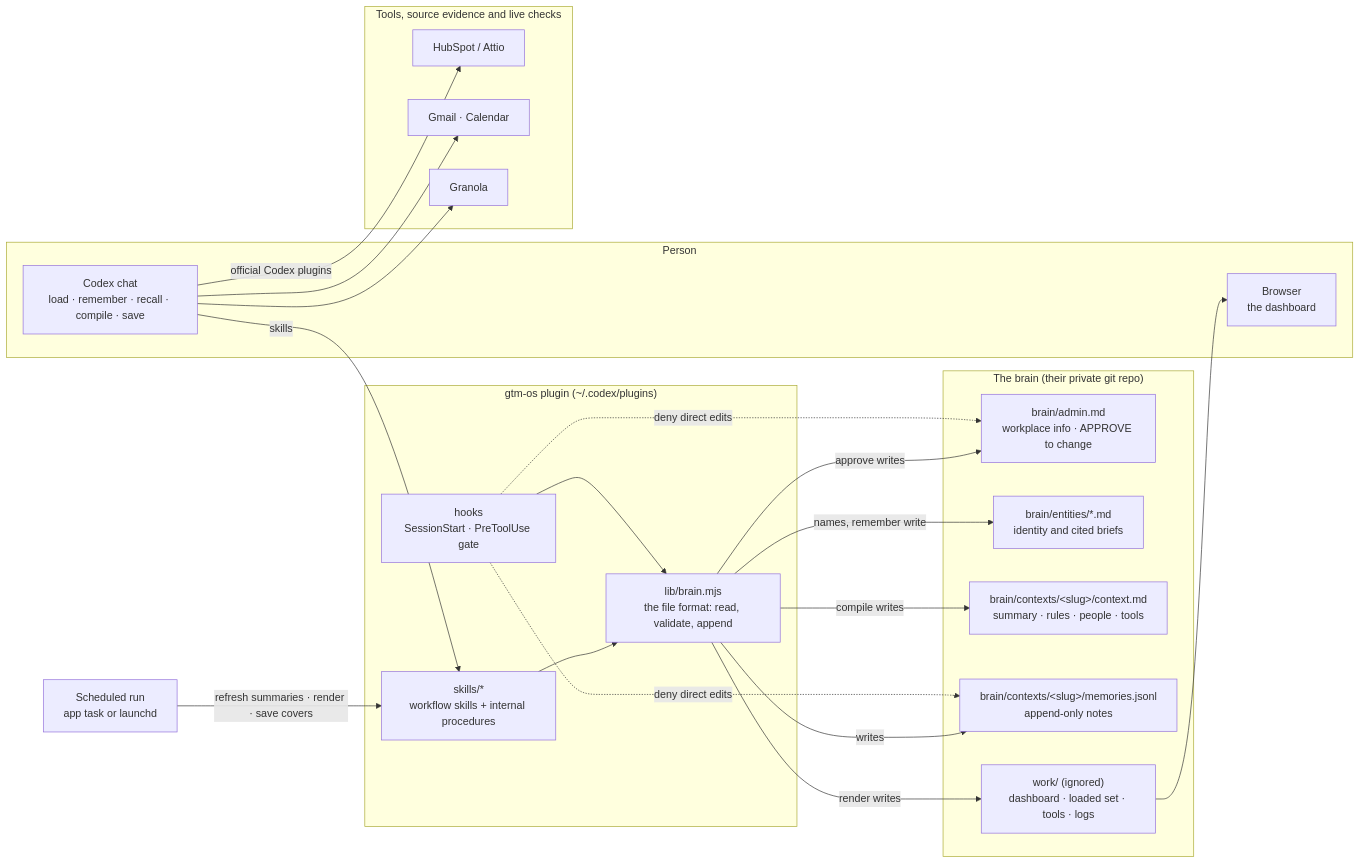
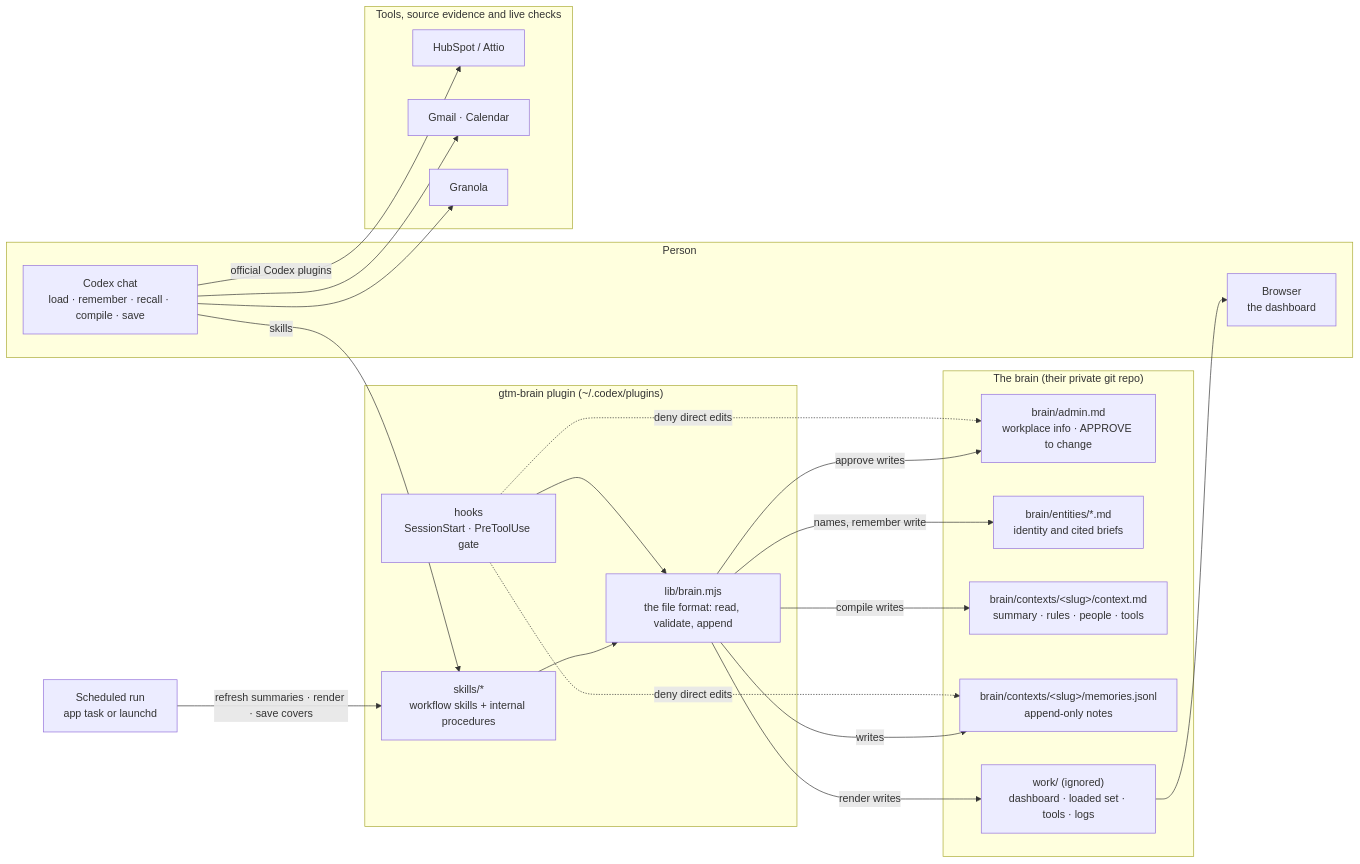
One commit to gtm-week/gtm-brain changed the first of 2 diagrams in CONTRIBUTING.md. Above: the diagram before and after it, drawn with Mermaid. The commit also changed other lines of this file and 594 other files, not shown here.

First line of the commit message:
Rename GTM OS to GTM Brain

````diff
--- a/CONTRIBUTING.md
+++ b/CONTRIBUTING.md
@@ -9,43 +9,43 @@
 ```mermaid
 flowchart LR
   subgraph person["Person"]
     chat["Codex chat<br/>load · remember · recall · compile · save"]
     browser["Browser<br/>the dashboard"]
   end
 
-  subgraph plugin["gtm-os plugin (~/.codex/plugins)"]
+  subgraph plugin["gtm-brain plugin (~/.codex/plugins)"]
     skills["skills/*<br/>workflow skills + internal procedures"]
     hooks["hooks<br/>SessionStart · PreToolUse gate"]
     lib["lib/brain.mjs<br/>the file format: read, validate, append"]
     skills --> lib
     hooks --> lib
   end
 
   subgraph brain["The brain (their private git repo)"]
     admin["brain/admin.md<br/>workplace info · APPROVE to change"]
     names["brain/entities/*.md<br/>identity and cited briefs"]
     ctx["brain/contexts/&lt;slug&gt;/context.md<br/>summary · rules · people · tools"]
     mem["brain/contexts/&lt;slug&gt;/memories.jsonl<br/>append-only notes"]
     work["work/ (ignored)<br/>dashboard · loaded set · tools · logs"]
   end
 
   subgraph tools["Tools, source evidence and live checks"]
     crm["HubSpot / Attio"]
     mail["Gmail · Calendar"]
     notes["Granola"]
   end
 
   chat -->|"skills"| skills
   lib -->|"writes"| mem
   lib -->|"compile writes"| ctx
   lib -->|"approve writes"| admin
   lib -->|"names, remember write"| names
   lib -->|"render writes"| work
   work --> browser
   chat -->|"official Codex plugins"| crm
   chat --> mail
   chat --> notes
   schedule["Scheduled run<br/>app task or launchd"] -->|"refresh summaries · render · save covers"| skills
   hooks -.->|"deny direct edits"| admin
   hooks -.->|"deny direct edits"| mem
 ```
````
